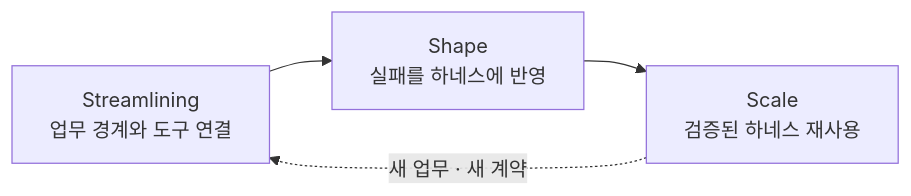
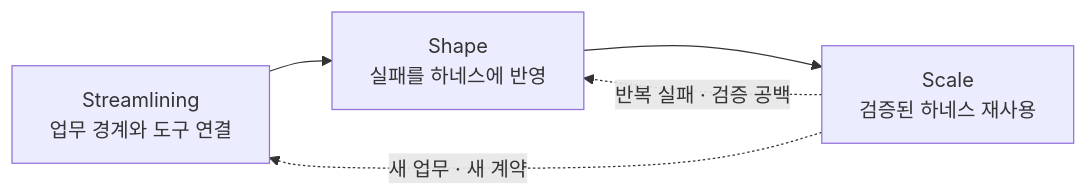
One commit to haandol/haandol.github.com changed the first of 2 diagrams in _posts/2026-06-15-organizational-ai-adoption-3s.md. Above: the diagram before and after it, drawn with Mermaid. The commit also changed other lines of this file and 1 other file, not shown here.

````diff
--- a/_posts/2026-06-15-organizational-ai-adoption-3s.md
+++ b/_posts/2026-06-15-organizational-ai-adoption-3s.md
@@ -85,6 +92,7 @@
 ```mermaid
 flowchart LR
     S1["Streamlining<br/>업무 경계와 도구 연결"] --> S2["Shape<br/>실패를 하네스에 반영"]
     S2 --> S3["Scale<br/>검증된 하네스 재사용"]
+    S3 -. "반복 실패 · 검증 공백" .-> S2
     S3 -. "새 업무 · 새 계약" .-> S1
 ```
````
